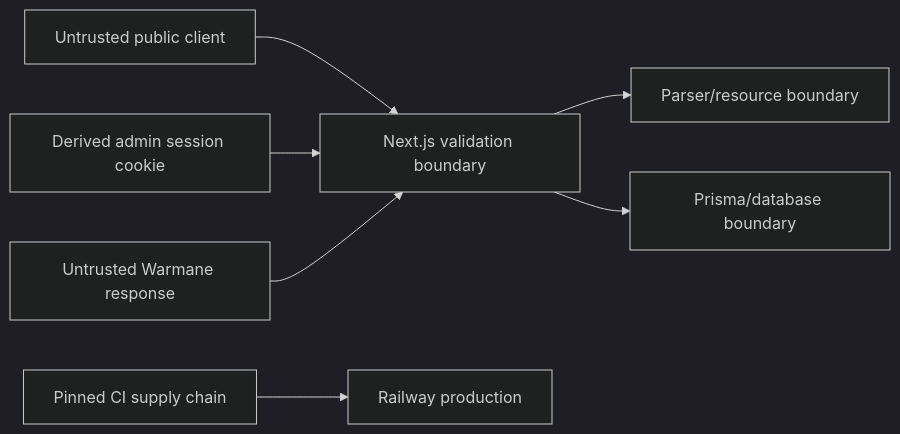
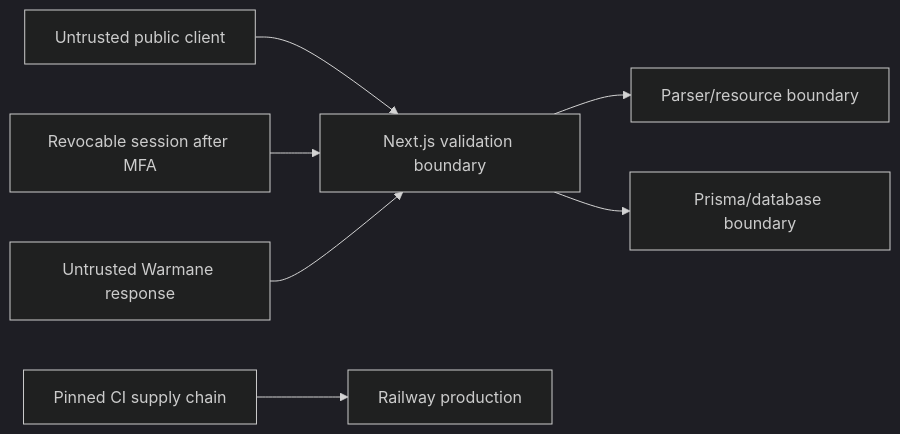
The diagram in docs/security/threat-model.md (CRSD-Lau/Pizza-Logs), drawn with Mermaid (dark theme) before and after one commit. The commit also changed other lines of this file and 59 other files, not shown here.

First line of the commit message:
Add private admin MFA and correct asset review scope (#80)

````diff
--- a/docs/security/threat-model.md
+++ b/docs/security/threat-model.md
@@ -11,9 +11,9 @@
 ```mermaid
 flowchart LR
   Public["Untrusted public client"] --> Web["Next.js validation boundary"]
   Web --> Parser["Parser/resource boundary"]
   Web --> DB["Prisma/database boundary"]
-  Admin["Derived admin session cookie"] --> Web
+  Admin["Revocable session after MFA"] --> Web
   Upstream["Untrusted Warmane response"] --> Web
   CI["Pinned CI supply chain"] --> Deploy["Railway production"]
 ```
````
